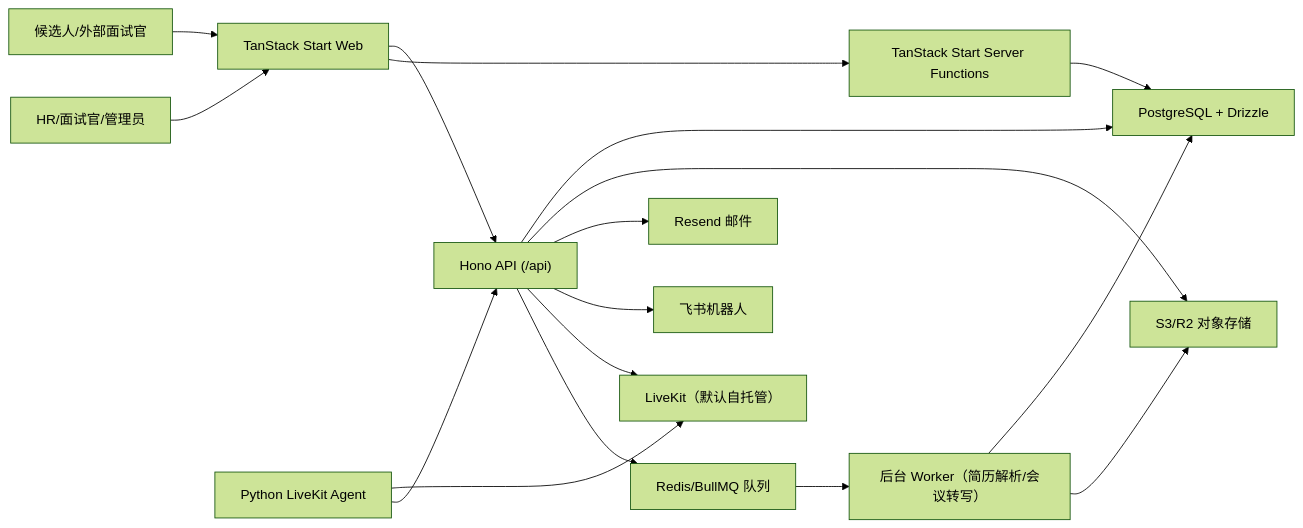
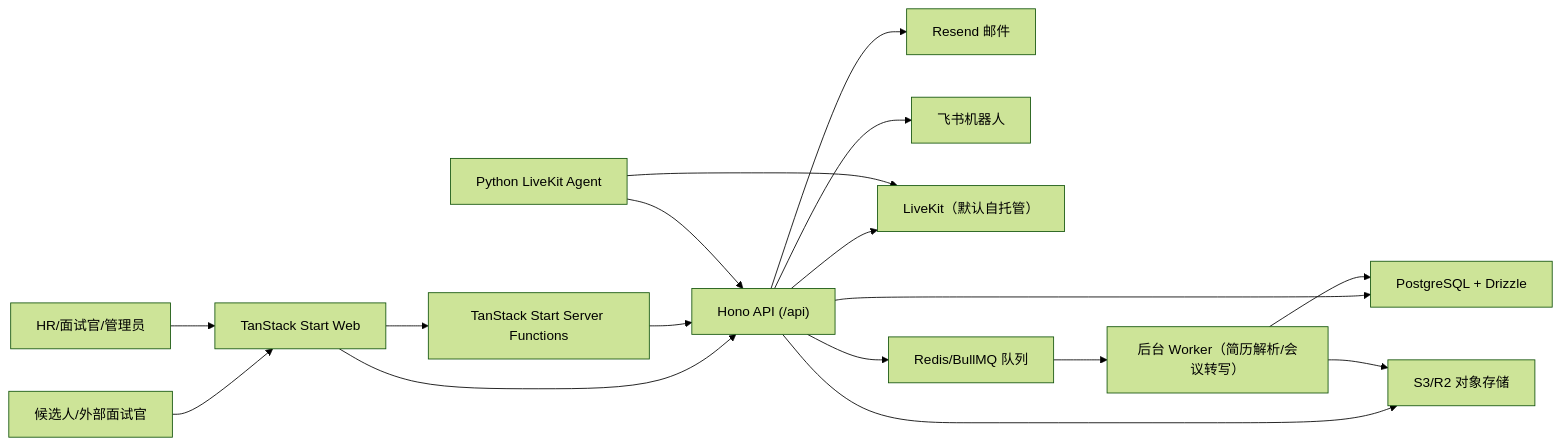
Before and after one commit to agniwen/ai-interview: the diagram in docs/project-introduction.md, drawn with Mermaid (forest theme). The commit also changed other lines of this file and 199 other files, not shown here.

````diff
--- a/docs/project-introduction.md
+++ b/docs/project-introduction.md
@@ -105,19 +105,19 @@
 ```mermaid
 flowchart LR
   Candidate["候选人/外部面试官"] --> Web["TanStack Start Web"]
   Recruiter["HR/面试官/管理员"] --> Web
   Web --> Hono["Hono API (/api)"]
   Web --> ServerFns["TanStack Start Server Functions"]
-  ServerFns --> DB["PostgreSQL + Drizzle"]
-  Hono --> DB
+  ServerFns --> Hono
+  Hono --> DB["PostgreSQL + Drizzle"]
   Hono --> Storage["S3/R2 对象存储"]
   Hono --> Email["Resend 邮件"]
   Hono --> Feishu["飞书机器人"]
   Hono --> LiveKit["LiveKit（默认自托管）"]
   Hono --> Queue["Redis/BullMQ 队列"]
   Queue --> Worker["后台 Worker（简历解析/会议转写）"]
   Worker --> DB
   Worker --> Storage
   Agent["Python LiveKit Agent"] --> LiveKit
   Agent --> Hono
 ```
````
